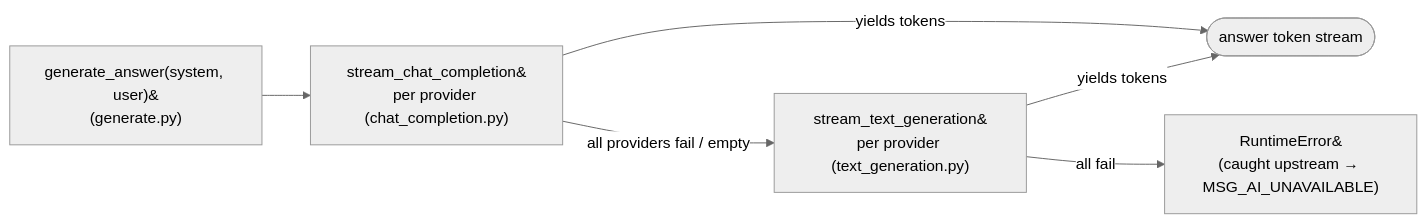
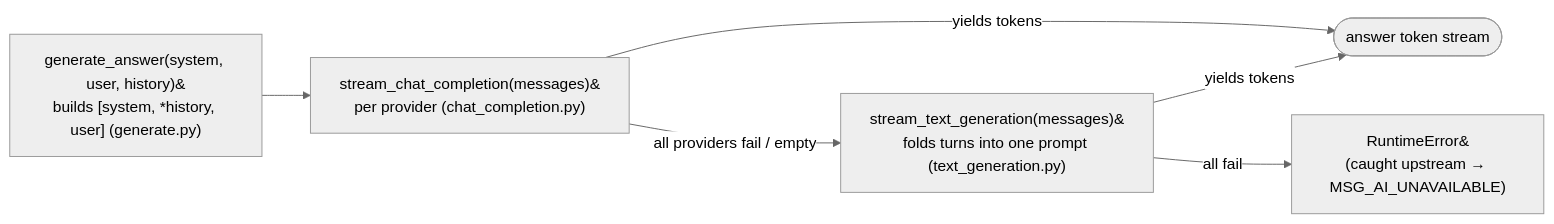
One commit to radcrew/radcrew-unveiled changed the fourth of 4 diagrams in backend/docs/chatbot-flow.md. Above: the diagram before and after it, drawn with Mermaid (neutral theme). The commit also changed other lines of this file and 7 other files, not shown here.

````diff
--- a/backend/docs/chatbot-flow.md
+++ b/backend/docs/chatbot-flow.md
@@ -77,8 +77,8 @@
 ```mermaid
 flowchart LR
-    GA["generate_answer(system, user)&#10;(generate.py)"] --> CC["stream_chat_completion&#10;per provider (chat_completion.py)"]
+    GA["generate_answer(system, user, history)&#10;builds [system, *history, user] (generate.py)"] --> CC["stream_chat_completion(messages)&#10;per provider (chat_completion.py)"]
     CC -->|"yields tokens"| OUT(["answer token stream"])
-    CC -->|"all providers fail / empty"| TG["stream_text_generation&#10;per provider (text_generation.py)"]
+    CC -->|"all providers fail / empty"| TG["stream_text_generation(messages)&#10;folds turns into one prompt (text_generation.py)"]
     TG -->|"yields tokens"| OUT
     TG -->|"all fail"| ERR["RuntimeError&#10;(caught upstream → MSG_AI_UNAVAILABLE)"]
 ```
````
